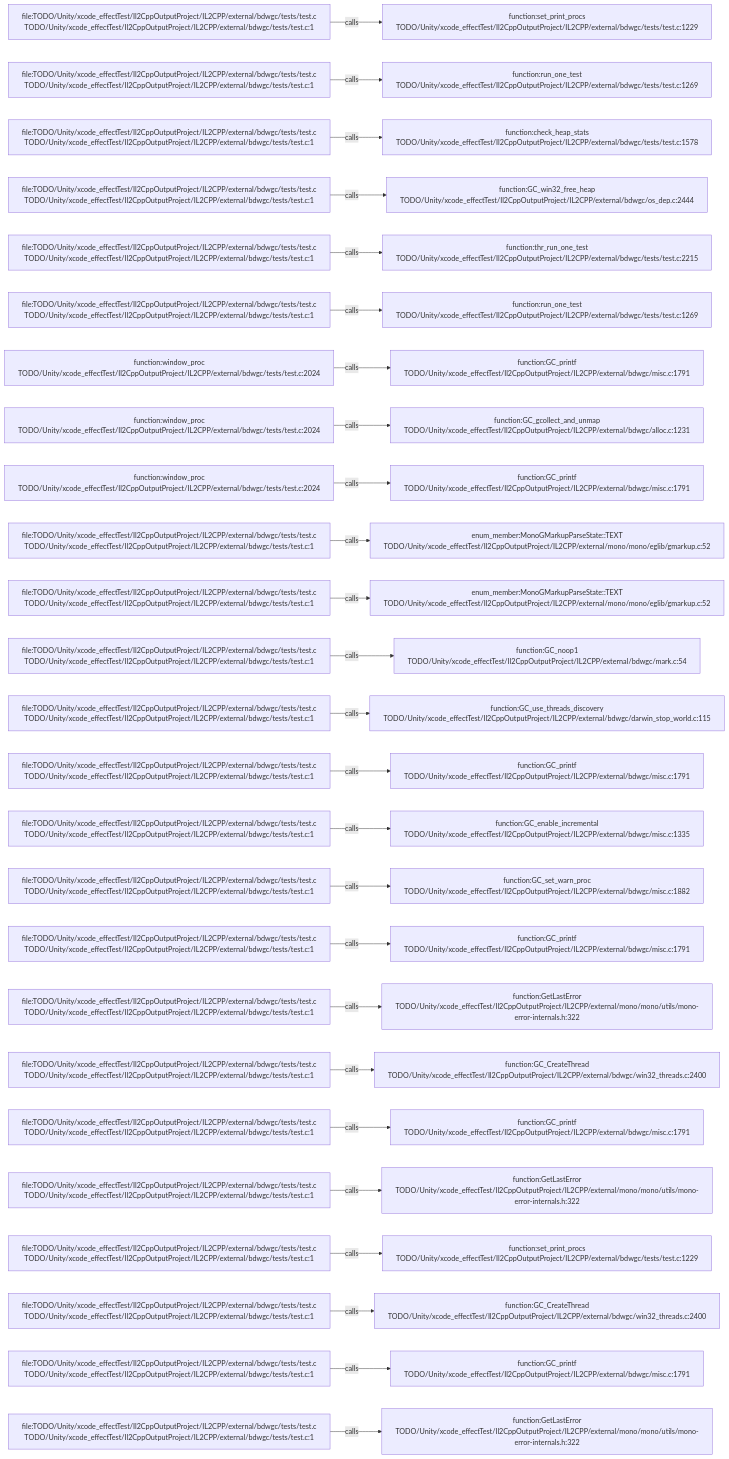
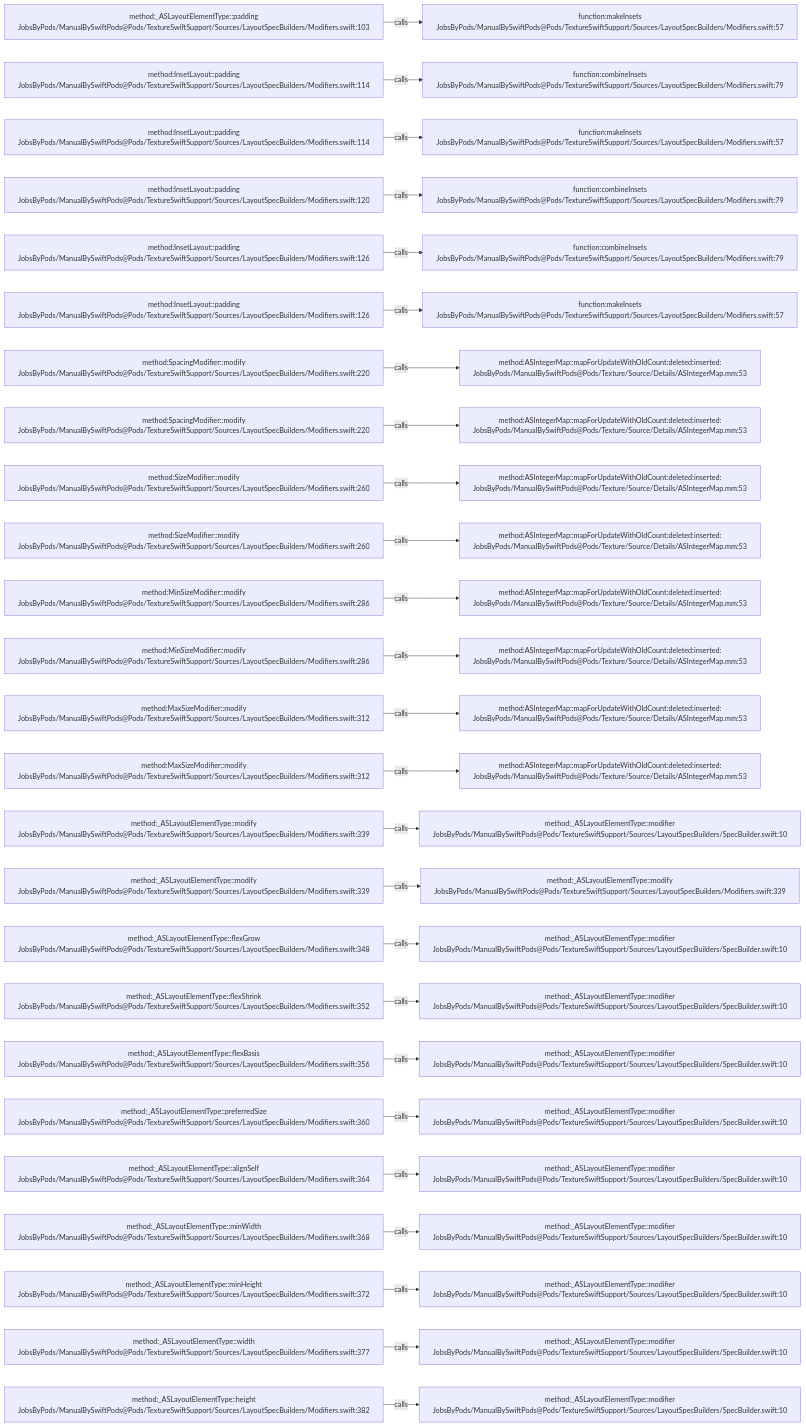
One commit to JobsKits/JobsSwiftBaseConfigDemo changed the diagram in .codegraph/codegraph.md/graphs/calls-177.md. Above: the diagram before and after it, drawn with Mermaid. The commit also changed 2959 other files, not shown here.

````diff
--- a/.codegraph/codegraph.md/graphs/calls-177.md
+++ b/.codegraph/codegraph.md/graphs/calls-177.md
@@ -13,78 +13,78 @@
 ```mermaid
 flowchart LR
-  S1["file:TODO/Unity/xcode_effectTest/Il2CppOutputProject/IL2CPP/external/bdwgc/tests/test.c<br/>TODO/Unity/xcode_effectTest/Il2CppOutputProject/IL2CPP/external/bdwgc/tests/test.c:1"]
-  T1["function:set_print_procs<br/>TODO/Unity/xcode_effectTest/Il2CppOutputProject/IL2CPP/external/bdwgc/tests/test.c:1229"]
+  S1["method:_ASLayoutElementType::padding<br/>JobsByPods/ManualBySwiftPods@Pods/TextureSwiftSupport/Sources/LayoutSpecBuilders/Modifiers.swift:103"]
+  T1["function:makeInsets<br/>JobsByPods/ManualBySwiftPods@Pods/TextureSwiftSupport/Sources/LayoutSpecBuilders/Modifiers.swift:57"]
   S1 -->|calls| T1
-  S2["file:TODO/Unity/xcode_effectTest/Il2CppOutputProject/IL2CPP/external/bdwgc/tests/test.c<br/>TODO/Unity/xcode_effectTest/Il2CppOutputProject/IL2CPP/external/bdwgc/tests/test.c:1"]
-  T2["function:run_one_test<br/>TODO/Unity/xcode_effectTest/Il2CppOutputProject/IL2CPP/external/bdwgc/tests/test.c:1269"]
+  S2["method:InsetLayout::padding<br/>JobsByPods/ManualBySwiftPods@Pods/TextureSwiftSupport/Sources/LayoutSpecBuilders/Modifiers.swift:114"]
+  T2["function:combineInsets<br/>JobsByPods/ManualBySwiftPods@Pods/TextureSwiftSupport/Sources/LayoutSpecBuilders/Modifiers.swift:79"]
   S2 -->|calls| T2
-  S3["file:TODO/Unity/xcode_effectTest/Il2CppOutputProject/IL2CPP/external/bdwgc/tests/test.c<br/>TODO/Unity/xcode_effectTest/Il2CppOutputProject/IL2CPP/external/bdwgc/tests/test.c:1"]
-  T3["function:check_heap_stats<br/>TODO/Unity/xcode_effectTest/Il2CppOutputProject/IL2CPP/external/bdwgc/tests/test.c:1578"]
+  S3["method:InsetLayout::padding<br/>JobsByPods/ManualBySwiftPods@Pods/TextureSwiftSupport/Sources/LayoutSpecBuilders/Modifiers.swift:114"]
+  T3["function:makeInsets<br/>JobsByPods/ManualBySwiftPods@Pods/TextureSwiftSupport/Sources/LayoutSpecBuilders/Modifiers.swift:57"]
   S3 -->|calls| T3
-  S4["file:TODO/Unity/xcode_effectTest/Il2CppOutputProject/IL2CPP/external/bdwgc/tests/test.c<br/>TODO/Unity/xcode_effectTest/Il2CppOutputProject/IL2CPP/external/bdwgc/tests/test.c:1"]
-  T4["function:GC_win32_free_heap<br/>TODO/Unity/xcode_effectTest/Il2CppOutputProject/IL2CPP/external/bdwgc/os_dep.c:2444"]
+  S4["method:InsetLayout::padding<br/>JobsByPods/ManualBySwiftPods@Pods/TextureSwiftSupport/Sources/LayoutSpecBuilders/Modifiers.swift:120"]
+  T4["function:combineInsets<br/>JobsByPods/ManualBySwiftPods@Pods/TextureSwiftSupport/Sources/LayoutSpecBuilders/Modifiers.swift:79"]
   S4 -->|calls| T4
-  S5["file:TODO/Unity/xcode_effectTest/Il2CppOutputProject/IL2CPP/external/bdwgc/tests/test.c<br/>TODO/Unity/xcode_effectTest/Il2CppOutputProject/IL2CPP/external/bdwgc/tests/test.c:1"]
-  T5["function:thr_run_one_test<br/>TODO/Unity/xcode_effectTest/Il2CppOutputProject/IL2CPP/external/bdwgc/tests/test.c:2215"]
+  S5["method:InsetLayout::padding<br/>JobsByPods/ManualBySwiftPods@Pods/TextureSwiftSupport/Sources/LayoutSpecBuilders/Modifiers.swift:126"]
+  T5["function:combineInsets<br/>JobsByPods/ManualBySwiftPods@Pods/TextureSwiftSupport/Sources/LayoutSpecBuilders/Modifiers.swift:79"]
   S5 -->|calls| T5
-  S6["file:TODO/Unity/xcode_effectTest/Il2CppOutputProject/IL2CPP/external/bdwgc/tests/test.c<br/>TODO/Unity/xcode_effectTest/Il2CppOutputProject/IL2CPP/external/bdwgc/tests/test.c:1"]
-  T6["function:run_one_test<br/>TODO/Unity/xcode_effectTest/Il2CppOutputProject/IL2CPP/external/bdwgc/tests/test.c:1269"]
+  S6["method:InsetLayout::padding<br/>JobsByPods/ManualBySwiftPods@Pods/TextureSwiftSupport/Sources/LayoutSpecBuilders/Modifiers.swift:126"]
+  T6["function:makeInsets<br/>JobsByPods/ManualBySwiftPods@Pods/TextureSwiftSupport/Sources/LayoutSpecBuilders/Modifiers.swift:57"]
   S6 -->|calls| T6
-  S7["function:window_proc<br/>TODO/Unity/xcode_effectTest/Il2CppOutputProject/IL2CPP/external/bdwgc/tests/test.c:2024"]
-  T7["function:GC_printf<br/>TODO/Unity/xcode_effectTest/Il2CppOutputProject/IL2CPP/external/bdwgc/misc.c:1791"]
+  S7["method:SpacingModifier::modify<br/>JobsByPods/ManualBySwiftPods@Pods/TextureSwiftSupport/Sources/LayoutSpecBuilders/Modifiers.swift:220"]
+  T7["method:ASIntegerMap::mapForUpdateWithOldCount:deleted:inserted:<br/>JobsByPods/ManualBySwiftPods@Pods/Texture/Source/Details/ASIntegerMap.mm:53"]
   S7 -->|calls| T7
-  S8["function:window_proc<br/>TODO/Unity/xcode_effectTest/Il2CppOutputProject/IL2CPP/external/bdwgc/tests/test.c:2024"]
-  T8["function:GC_gcollect_and_unmap<br/>TODO/Unity/xcode_effectTest/Il2CppOutputProject/IL2CPP/external/bdwgc/alloc.c:1231"]
+  S8["method:SpacingModifier::modify<br/>JobsByPods/ManualBySwiftPods@Pods/TextureSwiftSupport/Sources/LayoutSpecBuilders/Modifiers.swift:220"]
+  T8["method:ASIntegerMap::mapForUpdateWithOldCount:deleted:inserted:<br/>JobsByPods/ManualBySwiftPods@Pods/Texture/Source/Details/ASIntegerMap.mm:53"]
   S8 -->|calls| T8
-  S9["function:window_proc<br/>TODO/Unity/xcode_effectTest/Il2CppOutputProject/IL2CPP/external/bdwgc/tests/test.c:2024"]
-  T9["function:GC_printf<br/>TODO/Unity/xcode_effectTest/Il2CppOutputProject/IL2CPP/external/bdwgc/misc.c:1791"]
+  S9["method:SizeModifier::modify<br/>JobsByPods/ManualBySwiftPods@Pods/TextureSwiftSupport/Sources/LayoutSpecBuilders/Modifiers.swift:260"]
+  T9["method:ASIntegerMap::mapForUpdateWithOldCount:deleted:inserted:<br/>JobsByPods/ManualBySwiftPods@Pods/Texture/Source/Details/ASIntegerMap.mm:53"]
   S9 -->|calls| T9
-  S10["file:TODO/Unity/xcode_effectTest/Il2CppOutputProject/IL2CPP/external/bdwgc/tests/test.c<br/>TODO/Unity/xcode_effectTest/Il2CppOutputProject/IL2CPP/external/bdwgc/tests/test.c:1"]
-  T10["enum_member:MonoGMarkupParseState::TEXT<br/>TODO/Unity/xcode_effectTest/Il2CppOutputProject/IL2CPP/external/mono/mono/eglib/gmarkup.c:52"]
+  S10["method:SizeModifier::modify<br/>JobsByPods/ManualBySwiftPods@Pods/TextureSwiftSupport/Sources/LayoutSpecBuilders/Modifiers.swift:260"]
+  T10["method:ASIntegerMap::mapForUpdateWithOldCount:deleted:inserted:<br/>JobsByPods/ManualBySwiftPods@Pods/Texture/Source/Details/ASIntegerMap.mm:53"]
   S10 -->|calls| T10
-  S11["file:TODO/Unity/xcode_effectTest/Il2CppOutputProject/IL2CPP/external/bdwgc/tests/test.c<br/>TODO/Unity/xcode_effectTest/Il2CppOutputProject/IL2CPP/external/bdwgc/tests/test.c:1"]
-  T11["enum_member:MonoGMarkupParseState::TEXT<br/>TODO/Unity/xcode_effectTest/Il2CppOutputProject/IL2CPP/external/mono/mono/eglib/gmarkup.c:52"]
+  S11["method:MinSizeModifier::modify<br/>JobsByPods/ManualBySwiftPods@Pods/TextureSwiftSupport/Sources/LayoutSpecBuilders/Modifiers.swift:286"]
+  T11["method:ASIntegerMap::mapForUpdateWithOldCount:deleted:inserted:<br/>JobsByPods/ManualBySwiftPods@Pods/Texture/Source/Details/ASIntegerMap.mm:53"]
   S11 -->|calls| T11
-  S12["file:TODO/Unity/xcode_effectTest/Il2CppOutputProject/IL2CPP/external/bdwgc/tests/test.c<br/>TODO/Unity/xcode_effectTest/Il2CppOutputProject/IL2CPP/external/bdwgc/tests/test.c:1"]
-  T12["function:GC_noop1<br/>TODO/Unity/xcode_effectTest/Il2CppOutputProject/IL2CPP/external/bdwgc/mark.c:54"]
+  S12["method:MinSizeModifier::modify<br/>JobsByPods/ManualBySwiftPods@Pods/TextureSwiftSupport/Sources/LayoutSpecBuilders/Modifiers.swift:286"]
+  T12["method:ASIntegerMap::mapForUpdateWithOldCount:deleted:inserted:<br/>JobsByPods/ManualBySwiftPods@Pods/Texture/Source/Details/ASIntegerMap.mm:53"]
   S12 -->|calls| T12
-  S13["file:TODO/Unity/xcode_effectTest/Il2CppOutputProject/IL2CPP/external/bdwgc/tests/test.c<br/>TODO/Unity/xcode_effectTest/Il2CppOutputProject/IL2CPP/external/bdwgc/tests/test.c:1"]
-  T13["function:GC_use_threads_discovery<br/>TODO/Unity/xcode_effectTest/Il2CppOutputProject/IL2CPP/external/bdwgc/darwin_stop_world.c:115"]
+  S13["method:MaxSizeModifier::modify<br/>JobsByPods/ManualBySwiftPods@Pods/TextureSwiftSupport/Sources/LayoutSpecBuilders/Modifiers.swift:312"]
+  T13["method:ASIntegerMap::mapForUpdateWithOldCount:deleted:inserted:<br/>JobsByPods/ManualBySwiftPods@Pods/Texture/Source/Details/ASIntegerMap.mm:53"]
   S13 -->|calls| T13
-  S14["file:TODO/Unity/xcode_effectTest/Il2CppOutputProject/IL2CPP/external/bdwgc/tests/test.c<br/>TODO/Unity/xcode_effectTest/Il2CppOutputProject/IL2CPP/external/bdwgc/tests/test.c:1"]
-  T14["function:GC_printf<br/>TODO/Unity/xcode_effectTest/Il2CppOutputProject/IL2CPP/external/bdwgc/misc.c:1791"]
+  S14["method:MaxSizeModifier::modify<br/>JobsByPods/ManualBySwiftPods@Pods/TextureSwiftSupport/Sources/LayoutSpecBuilders/Modifiers.swift:312"]
+  T14["method:ASIntegerMap::mapForUpdateWithOldCount:deleted:inserted:<br/>JobsByPods/ManualBySwiftPods@Pods/Texture/Source/Details/ASIntegerMap.mm:53"]
   S14 -->|calls| T14
-  S15["file:TODO/Unity/xcode_effectTest/Il2CppOutputProject/IL2CPP/external/bdwgc/tests/test.c<br/>TODO/Unity/xcode_effectTest/Il2CppOutputProject/IL2CPP/external/bdwgc/tests/test.c:1"]
-  T15["function:GC_enable_incremental<br/>TODO/Unity/xcode_effectTest/Il2CppOutputProject/IL2CPP/external/bdwgc/misc.c:1335"]
+  S15["method:_ASLayoutElementType::modify<br/>JobsByPods/ManualBySwiftPods@Pods/TextureSwiftSupport/Sources/LayoutSpecBuilders/Modifiers.swift:339"]
+  T15["method:_ASLayoutElementType::modifier<br/>JobsByPods/ManualBySwiftPods@Pods/TextureSwiftSupport/Sources/LayoutSpecBuilders/SpecBuilder.swift:10"]
   S15 -->|calls| T15
-  S16["file:TODO/Unity/xcode_effectTest/Il2CppOutputProject/IL2CPP/external/bdwgc/tests/test.c<br/>TODO/Unity/xcode_effectTest/Il2CppOutputProject/IL2CPP/external/bdwgc/tests/test.c:1"]
-  T16["function:GC_set_warn_proc<br/>TODO/Unity/xcode_effectTest/Il2CppOutputProject/IL2CPP/external/bdwgc/misc.c:1882"]
+  S16["method:_ASLayoutElementType::modify<br/>JobsByPods/ManualBySwiftPods@Pods/TextureSwiftSupport/Sources/LayoutSpecBuilders/Modifiers.swift:339"]
+  T16["method:_ASLayoutElementType::modify<br/>JobsByPods/ManualBySwiftPods@Pods/TextureSwiftSupport/Sources/LayoutSpecBuilders/Modifiers.swift:339"]
   S16 -->|calls| T16
-  S17["file:TODO/Unity/xcode_effectTest/Il2CppOutputProject/IL2CPP/external/bdwgc/tests/test.c<br/>TODO/Unity/xcode_effectTest/Il2CppOutputProject/IL2CPP/external/bdwgc/tests/test.c:1"]
-  T17["function:GC_printf<br/>TODO/Unity/xcode_effectTest/Il2CppOutputProject/IL2CPP/external/bdwgc/misc.c:1791"]
+  S17["method:_ASLayoutElementType::flexGrow<br/>JobsByPods/ManualBySwiftPods@Pods/TextureSwiftSupport/Sources/LayoutSpecBuilders/Modifiers.swift:348"]
+  T17["method:_ASLayoutElementType::modifier<br/>JobsByPods/ManualBySwiftPods@Pods/TextureSwiftSupport/Sources/LayoutSpecBuilders/SpecBuilder.swift:10"]
   S17 -->|calls| T17
-  S18["file:TODO/Unity/xcode_effectTest/Il2CppOutputProject/IL2CPP/external/bdwgc/tests/test.c<br/>TODO/Unity/xcode_effectTest/Il2CppOutputProject/IL2CPP/external/bdwgc/tests/test.c:1"]
-  T18["function:GetLastError<br/>TODO/Unity/xcode_effectTest/Il2CppOutputProject/IL2CPP/external/mono/mono/utils/mono-error-internals.h:322"]
+  S18["method:_ASLayoutElementType::flexShrink<br/>JobsByPods/ManualBySwiftPods@Pods/TextureSwiftSupport/Sources/LayoutSpecBuilders/Modifiers.swift:352"]
+  T18["method:_ASLayoutElementType::modifier<br/>JobsByPods/ManualBySwiftPods@Pods/TextureSwiftSupport/Sources/LayoutSpecBuilders/SpecBuilder.swift:10"]
   S18 -->|calls| T18
-  S19["file:TODO/Unity/xcode_effectTest/Il2CppOutputProject/IL2CPP/external/bdwgc/tests/test.c<br/>TODO/Unity/xcode_effectTest/Il2CppOutputProject/IL2CPP/external/bdwgc/tests/test.c:1"]
-  T19["function:GC_CreateThread<br/>TODO/Unity/xcode_effectTest/Il2CppOutputProject/IL2CPP/external/bdwgc/win32_threads.c:2400"]
+  S19["method:_ASLayoutElementType::flexBasis<br/>JobsByPods/ManualBySwiftPods@Pods/TextureSwiftSupport/Sources/LayoutSpecBuilders/Modifiers.swift:356"]
+  T19["method:_ASLayoutElementType::modifier<br/>JobsByPods/ManualBySwiftPods@Pods/TextureSwiftSupport/Sources/LayoutSpecBuilders/SpecBuilder.swift:10"]
   S19 -->|calls| T19
-  S20["file:TODO/Unity/xcode_effectTest/Il2CppOutputProject/IL2CPP/external/bdwgc/tests/test.c<br/>TODO/Unity/xcode_effectTest/Il2CppOutputProject/IL2CPP/external/bdwgc/tests/test.c:1"]
-  T20["function:GC_printf<br/>TODO/Unity/xcode_effectTest/Il2CppOutputProject/IL2CPP/external/bdwgc/misc.c:1791"]
+  S20["method:_ASLayoutElementType::preferredSize<br/>JobsByPods/ManualBySwiftPods@Pods/TextureSwiftSupport/Sources/LayoutSpecBuilders/Modifiers.swift:360"]
+  T20["method:_ASLayoutElementType::modifier<br/>JobsByPods/ManualBySwiftPods@Pods/TextureSwiftSupport/Sources/LayoutSpecBuilders/SpecBuilder.swift:10"]
   S20 -->|calls| T20
-  S21["file:TODO/Unity/xcode_effectTest/Il2CppOutputProject/IL2CPP/external/bdwgc/tests/test.c<br/>TODO/Unity/xcode_effectTest/Il2CppOutputProject/IL2CPP/external/bdwgc/tests/test.c:1"]
-  T21["function:GetLastError<br/>TODO/Unity/xcode_effectTest/Il2CppOutputProject/IL2CPP/external/mono/mono/utils/mono-error-internals.h:322"]
+  S21["method:_ASLayoutElementType::alignSelf<br/>JobsByPods/ManualBySwiftPods@Pods/TextureSwiftSupport/Sources/LayoutSpecBuilders/Modifiers.swift:364"]
+  T21["method:_ASLayoutElementType::modifier<br/>JobsByPods/ManualBySwiftPods@Pods/TextureSwiftSupport/Sources/LayoutSpecBuilders/SpecBuilder.swift:10"]
   S21 -->|calls| T21
-  S22["file:TODO/Unity/xcode_effectTest/Il2CppOutputProject/IL2CPP/external/bdwgc/tests/test.c<br/>TODO/Unity/xcode_effectTest/Il2CppOutputProject/IL2CPP/external/bdwgc/tests/test.c:1"]
-  T22["function:set_print_procs<br/>TODO/Unity/xcode_effectTest/Il2CppOutputProject/IL2CPP/external/bdwgc/tests/test.c:1229"]
+  S22["method:_ASLayoutElementType::minWidth<br/>JobsByPods/ManualBySwiftPods@Pods/TextureSwiftSupport/Sources/LayoutSpecBuilders/Modifiers.swift:368"]
+  T22["method:_ASLayoutElementType::modifier<br/>JobsByPods/ManualBySwiftPods@Pods/TextureSwiftSupport/Sources/LayoutSpecBuilders/SpecBuilder.swift:10"]
   S22 -->|calls| T22
-  S23["file:TODO/Unity/xcode_effectTest/Il2CppOutputProject/IL2CPP/external/bdwgc/tests/test.c<br/>TODO/Unity/xcode_effectTest/Il2CppOutputProject/IL2CPP/external/bdwgc/tests/test.c:1"]
-  T23["function:GC_CreateThread<br/>TODO/Unity/xcode_effectTest/Il2CppOutputProject/IL2CPP/external/bdwgc/win32_threads.c:2400"]
+  S23["method:_ASLayoutElementType::minHeight<br/>JobsByPods/ManualBySwiftPods@Pods/TextureSwiftSupport/Sources/LayoutSpecBuilders/Modifiers.swift:372"]
+  T23["method:_ASLayoutElementType::modifier<br/>JobsByPods/ManualBySwiftPods@Pods/TextureSwiftSupport/Sources/LayoutSpecBuilders/SpecBuilder.swift:10"]
   S23 -->|calls| T23
-  S24["file:TODO/Unity/xcode_effectTest/Il2CppOutputProject/IL2CPP/external/bdwgc/tests/test.c<br/>TODO/Unity/xcode_effectTest/Il2CppOutputProject/IL2CPP/external/bdwgc/tests/test.c:1"]
-  T24["function:GC_printf<br/>TODO/Unity/xcode_effectTest/Il2CppOutputProject/IL2CPP/external/bdwgc/misc.c:1791"]
+  S24["method:_ASLayoutElementType::width<br/>JobsByPods/ManualBySwiftPods@Pods/TextureSwiftSupport/Sources/LayoutSpecBuilders/Modifiers.swift:377"]
+  T24["method:_ASLayoutElementType::modifier<br/>JobsByPods/ManualBySwiftPods@Pods/TextureSwiftSupport/Sources/LayoutSpecBuilders/SpecBuilder.swift:10"]
   S24 -->|calls| T24
-  S25["file:TODO/Unity/xcode_effectTest/Il2CppOutputProject/IL2CPP/external/bdwgc/tests/test.c<br/>TODO/Unity/xcode_effectTest/Il2CppOutputProject/IL2CPP/external/bdwgc/tests/test.c:1"]
-  T25["function:GetLastError<br/>TODO/Unity/xcode_effectTest/Il2CppOutputProject/IL2CPP/external/mono/mono/utils/mono-error-internals.h:322"]
+  S25["method:_ASLayoutElementType::height<br/>JobsByPods/ManualBySwiftPods@Pods/TextureSwiftSupport/Sources/LayoutSpecBuilders/Modifiers.swift:382"]
+  T25["method:_ASLayoutElementType::modifier<br/>JobsByPods/ManualBySwiftPods@Pods/TextureSwiftSupport/Sources/LayoutSpecBuilders/SpecBuilder.swift:10"]
   S25 -->|calls| T25
 ```
````
